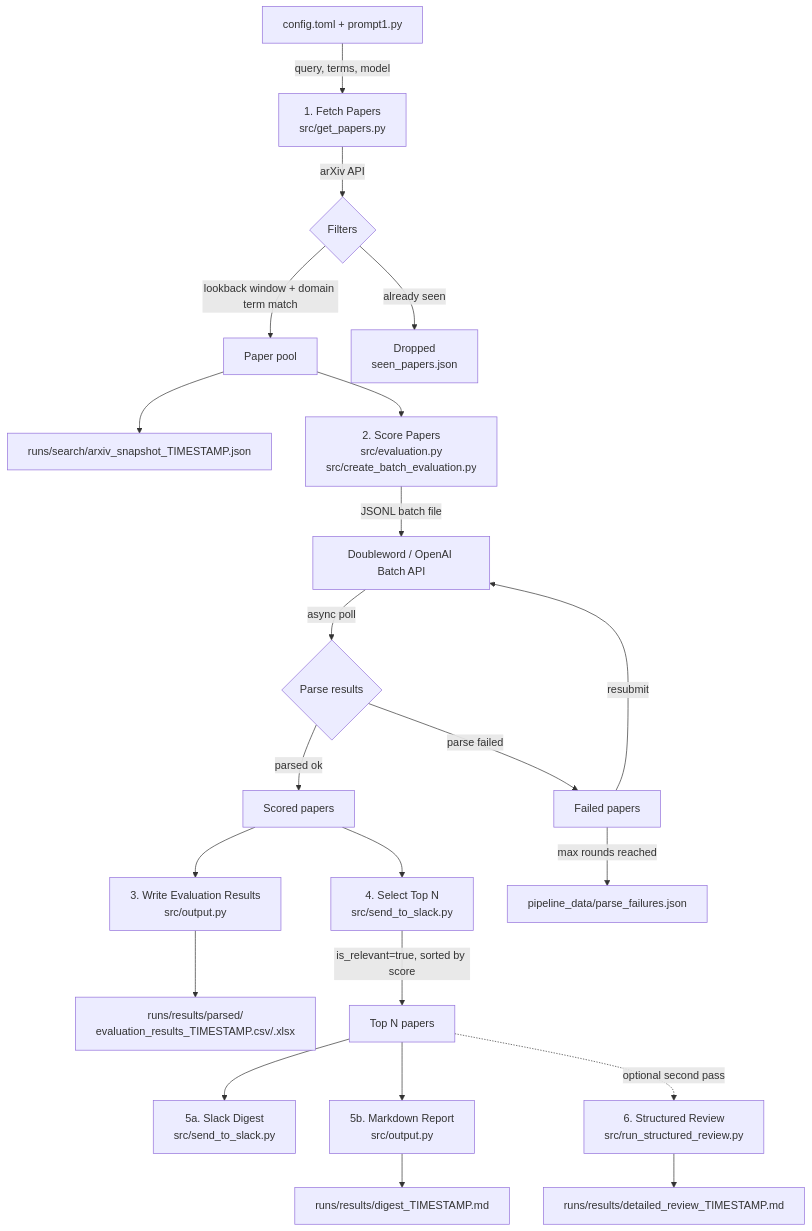
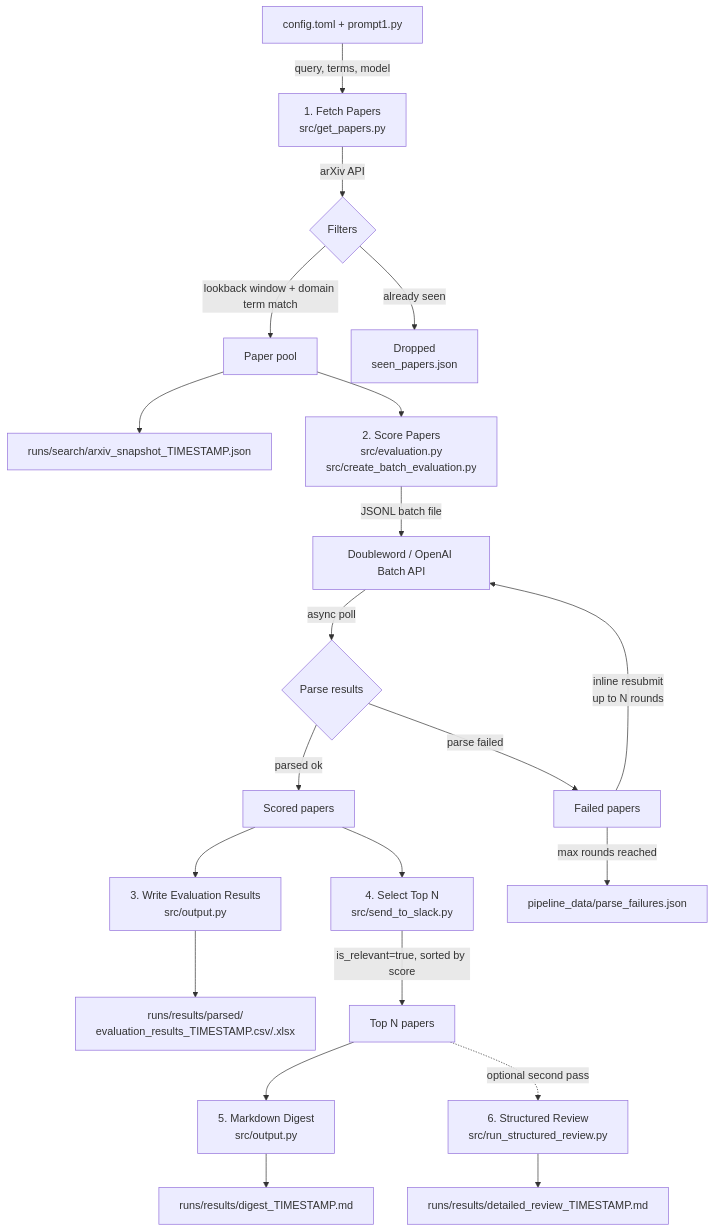
The diagram in architecture.md (NnamdiOdozi/arxiv-AI-digest), drawn with Mermaid before and after one commit. The commit also changed other lines of this file and 12 other files, not shown here.

````diff
--- a/architecture.md
+++ b/architecture.md
@@ -9,32 +9,31 @@
 ```mermaid
 flowchart TD
     A["config.toml + prompt1.py"] -->|query, terms, model| B
 
     B["1. Fetch Papers<br/>src/get_papers.py"]
     B -->|arXiv API| C{Filters}
     C -->|lookback window + domain term match| D[Paper pool]
     C -->|already seen| X1["Dropped<br/>seen_papers.json"]
     D --> M["runs/search/arxiv_snapshot_TIMESTAMP.json"]
 
     D --> E["2. Score Papers<br/>src/evaluation.py<br/>src/create_batch_evaluation.py"]
     E -->|JSONL batch file| F["Doubleword / OpenAI Batch API"]
     F -->|async poll| G{Parse results}
     G -->|parsed ok| R1[Scored papers]
     G -->|parse failed| R2[Failed papers]
 
-    R2 -->|resubmit| F
+    R2 -->|inline resubmit<br/>up to N rounds| F
     R2 -->|max rounds reached| R3["pipeline_data/parse_failures.json"]
 
     R1 --> P["3. Write Evaluation Results<br/>src/output.py"]
     P --> Q["runs/results/parsed/<br/>evaluation_results_TIMESTAMP.csv/.xlsx"]
 
     R1 --> H["4. Select Top N<br/>src/send_to_slack.py"]
     H -->|is_relevant=true, sorted by score| I[Top N papers]
 
-    I --> J["5a. Slack Digest<br/>src/send_to_slack.py"]
-    I --> K["5b. Markdown Report<br/>src/output.py"]
+    I --> K["5. Markdown Digest<br/>src/output.py"]
     K --> L["runs/results/digest_TIMESTAMP.md"]
 
     I -.->|optional second pass| N["6. Structured Review<br/>src/run_structured_review.py"]
     N --> O["runs/results/detailed_review_TIMESTAMP.md"]
 ```
````
